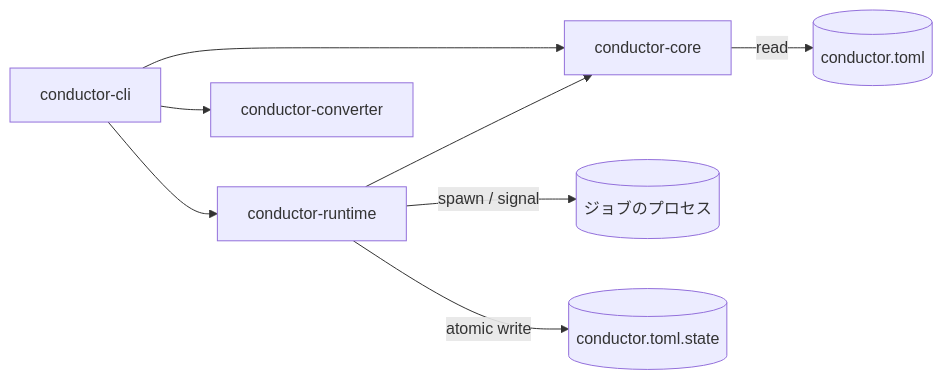
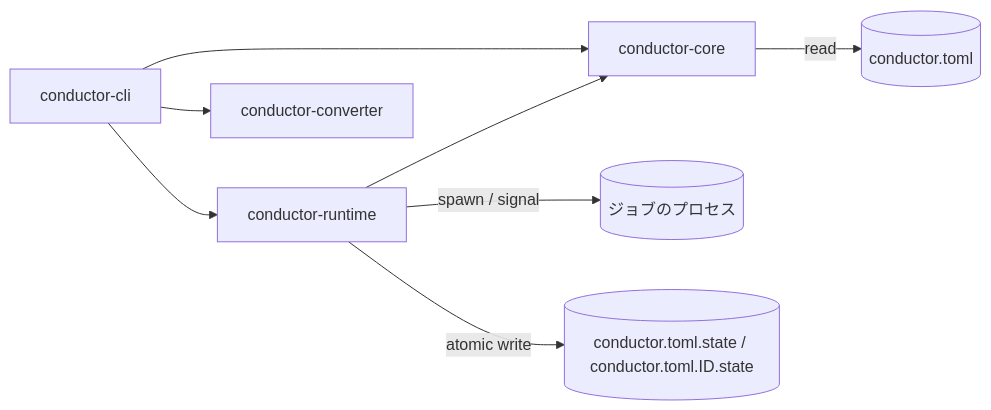
Before and after one commit to agwlvssainokuni/rust-job-conductor: the first of 4 diagrams in aidlc/spaces/default/codekb/rust-job-conductor/architecture.md, drawn with Mermaid. The commit also changed other lines of this file and 13 other files, not shown here.

````diff
--- a/aidlc/spaces/default/codekb/rust-job-conductor/architecture.md
+++ b/aidlc/spaces/default/codekb/rust-job-conductor/architecture.md
@@ -12,10 +12,10 @@
 ```mermaid
 flowchart LR
   CLI[conductor-cli] --> CORE[conductor-core]
   CLI --> RT[conductor-runtime]
   CLI --> CONV[conductor-converter]
   RT --> CORE
   RT -->|spawn / signal| JOB[(ジョブのプロセス)]
-  RT -->|atomic write| ST[(conductor.toml.state)]
+  RT -->|atomic write| ST[(conductor.toml.state / conductor.toml.ID.state)]
   CORE -->|read| DEF[(conductor.toml)]
 ```
````
